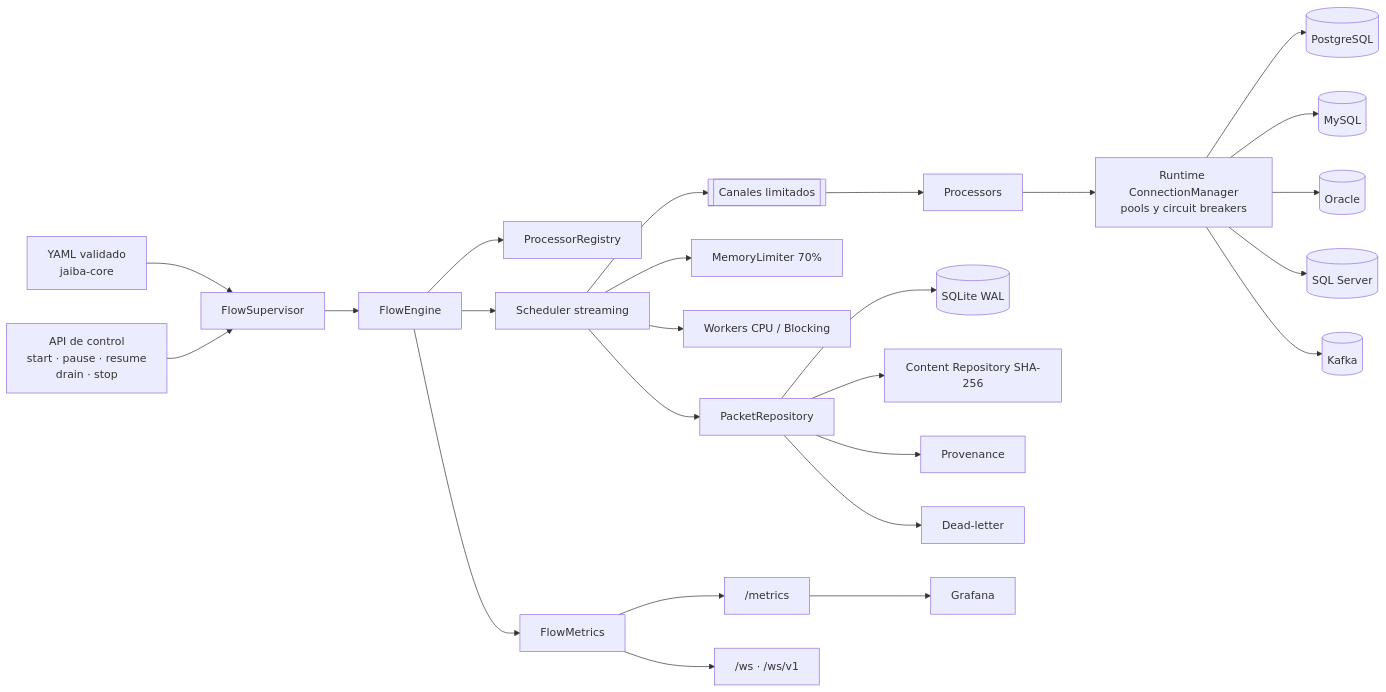
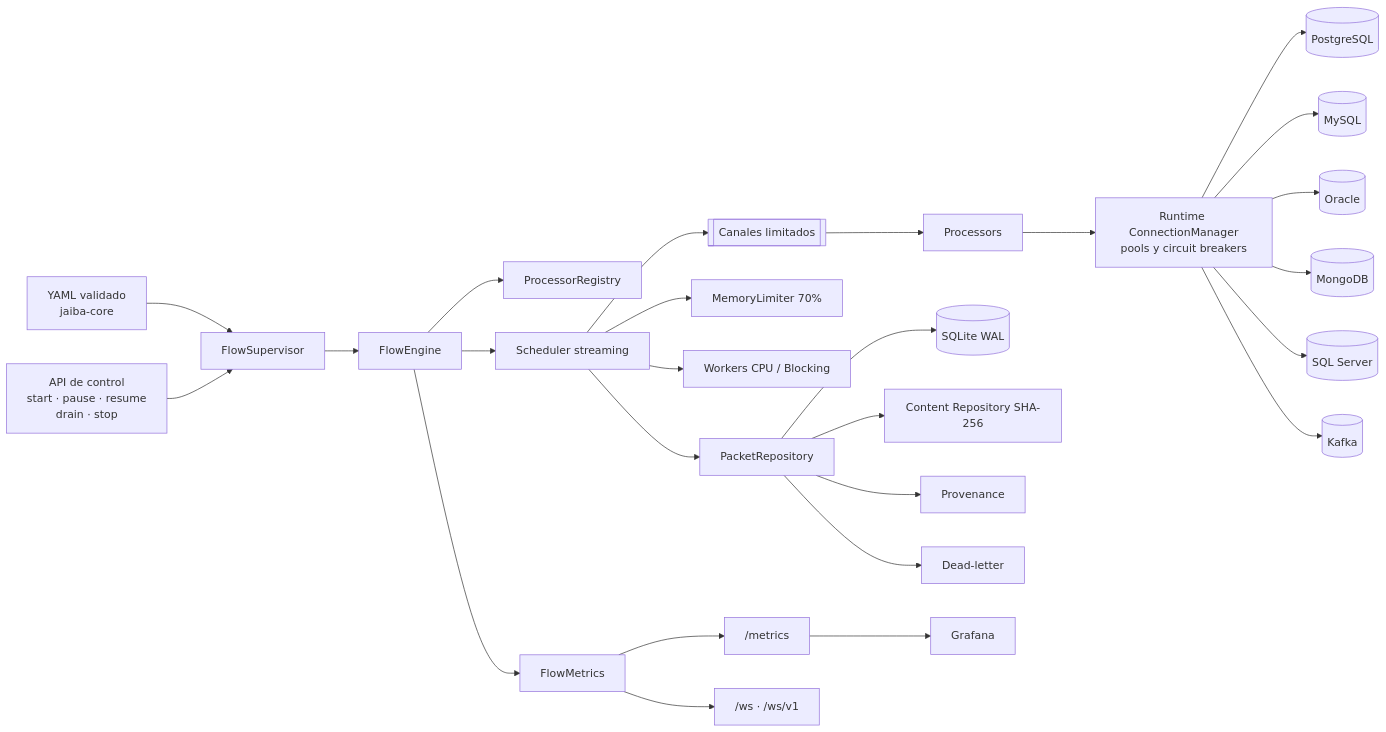
The diagram in docs/architecture.md (dfr2098/jaiva), drawn with Mermaid before and after one commit. The commit also changed other lines of this file and 61 other files, not shown here.

````diff
--- a/docs/architecture.md
+++ b/docs/architecture.md
@@ -14,31 +14,32 @@
 ```mermaid
 flowchart LR
     CONFIG["YAML validado<br/>jaiba-core"] --> SUPERVISOR["FlowSupervisor"]
     SUPERVISOR --> ENGINE["FlowEngine"]
     ENGINE --> REGISTRY["ProcessorRegistry"]
     ENGINE --> SCHEDULER["Scheduler streaming"]
     SCHEDULER --> CHANNELS[["Canales limitados"]]
     CHANNELS --> PROCESSORS["Processors"]
 
     PROCESSORS --> CONNECTIONS["Runtime ConnectionManager<br/>pools y circuit breakers"]
     CONNECTIONS --> PG[(PostgreSQL)]
     CONNECTIONS --> MYSQL[(MySQL)]
     CONNECTIONS --> ORACLE[(Oracle)]
+    CONNECTIONS --> MONGO[(MongoDB)]
     CONNECTIONS --> MSSQL[(SQL Server)]
     CONNECTIONS --> KAFKA[(Kafka)]
 
     SCHEDULER --> MEMORY["MemoryLimiter 70%"]
     SCHEDULER --> WORKERS["Workers CPU / Blocking"]
     SCHEDULER --> REPOSITORY["PacketRepository"]
     REPOSITORY --> SQLITE[(SQLite WAL)]
     REPOSITORY --> CONTENT["Content Repository SHA-256"]
 
     ENGINE --> METRICS["FlowMetrics"]
     METRICS --> PROM["/metrics"]
     METRICS --> WS["/ws · /ws/v1"]
     PROM --> GRAFANA["Grafana"]
 
     CONTROL["API de control<br/>start · pause · resume<br/>drain · stop"] --> SUPERVISOR
     REPOSITORY --> PROVENANCE["Provenance"]
     REPOSITORY --> DLQ["Dead-letter"]
 ```
````
